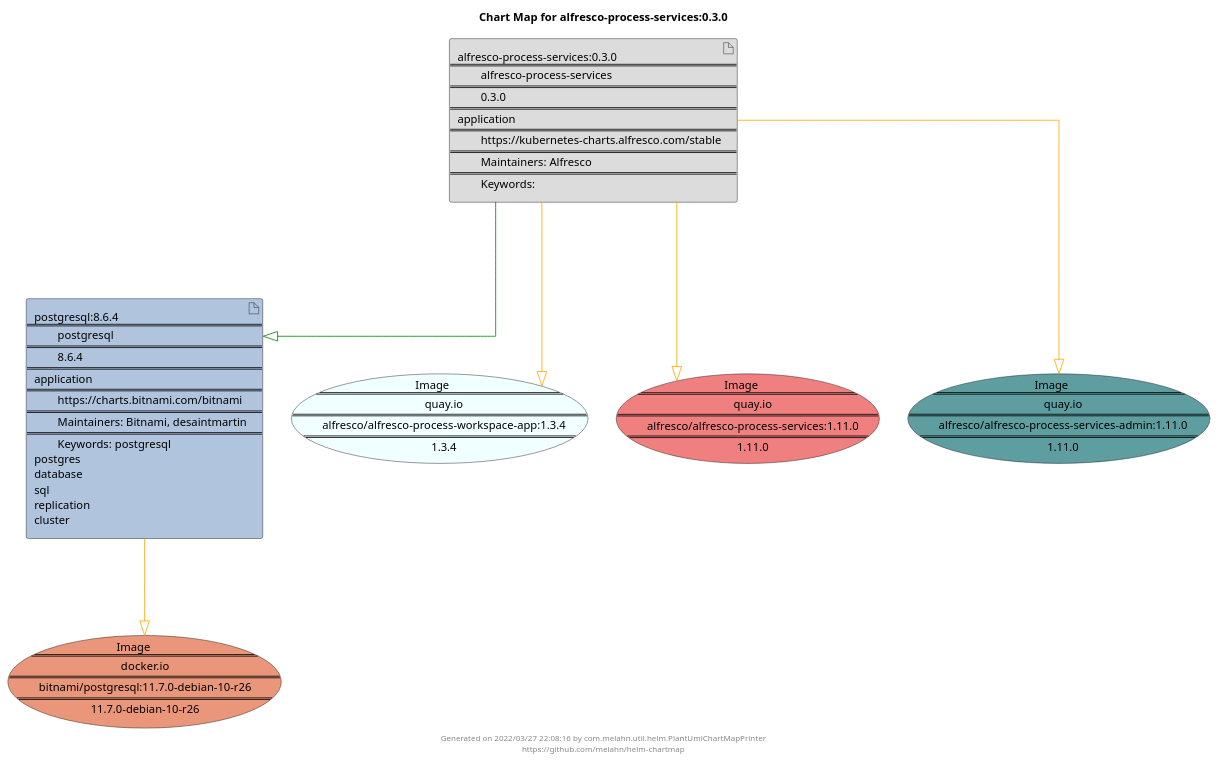
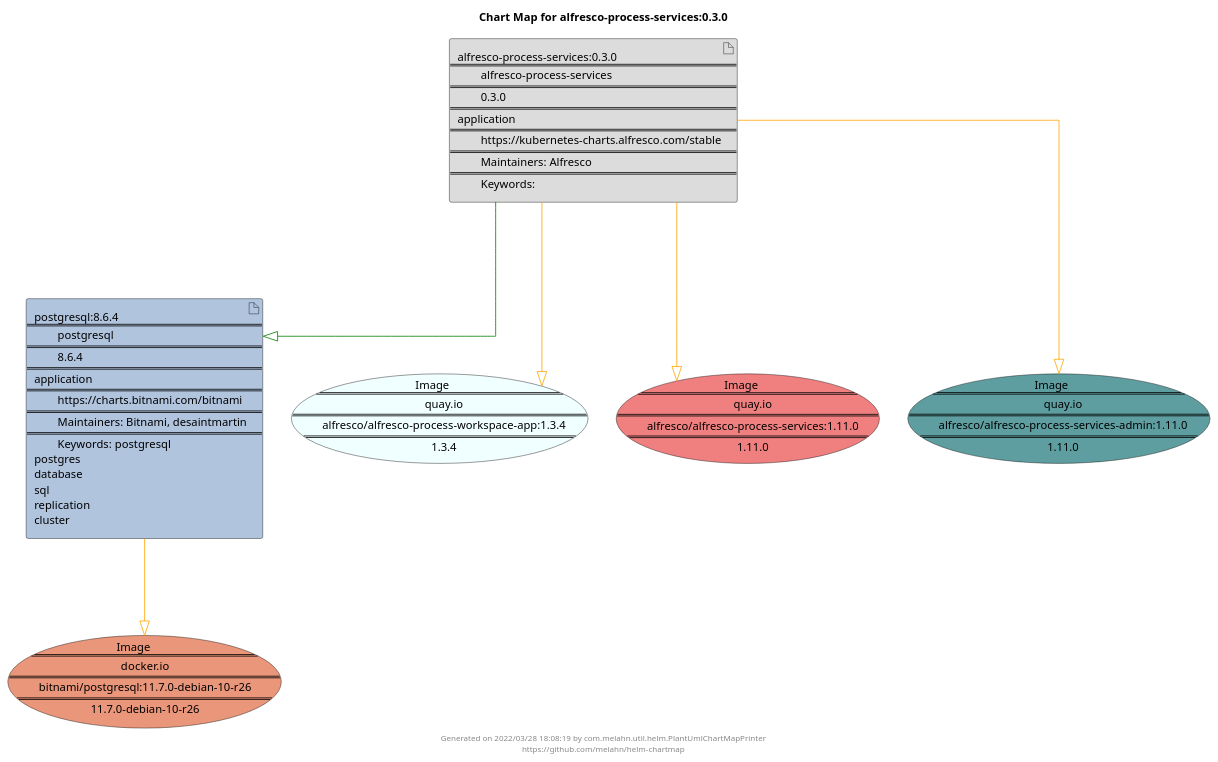
Before and after one commit to melahn/helm-chartmap: the diagram in docs/alfresco-process-services/alfresco-process-services-0.3.0.puml, drawn with PlantUML. The commit also changed 55 other files, not shown here.

Commit message:
Update Example Chart Maps as part of GitHub build

```diff
--- a/docs/alfresco-process-services/alfresco-process-services-0.3.0.puml
+++ b/docs/alfresco-process-services/alfresco-process-services-0.3.0.puml
@@ -1,29 +1,29 @@
 @startuml
 skinparam linetype ortho
 skinparam backgroundColor white
 skinparam usecaseBorderColor black
 skinparam usecaseArrowColor LightSlateGray
 skinparam artifactBorderColor black
 skinparam artifactArrowColor LightSlateGray
 
 title Chart Map for alfresco-process-services:0.3.0
 
 'There are 2 referenced Helm Charts
 artifact "alfresco-process-services:0.3.0\n====\n\talfresco-process-services\n====\n\t0.3.0\n====\napplication\n====\n\thttps://kubernetes-charts.alfresco.com/stable\n====\n\tMaintainers: Alfresco\n====\n\tKeywords: " as alfresco_process_services_0_3_0 #Gainsboro
 artifact "postgresql:8.6.4\n====\n\tpostgresql\n====\n\t8.6.4\n====\napplication\n====\n\thttps://charts.bitnami.com/bitnami\n====\n\tMaintainers: Bitnami, desaintmartin\n====\n\tKeywords: postgresql\npostgres\ndatabase\nsql\nreplication\ncluster" as postgresql_8_6_4 #LightSteelBlue
 
 'There are 4 referenced Docker Images
 usecase "Image\n====\n\tquay.io\n====\n\talfresco/alfresco-process-workspace-app:1.3.4\n====\n\t1.3.4" as quay_io_alfresco_alfresco_process_workspace_app_1_3_4 #Azure
 usecase "Image\n====\n\tquay.io\n====\n\talfresco/alfresco-process-services:1.11.0\n====\n\t1.11.0" as quay_io_alfresco_alfresco_process_services_1_11_0 #LightCoral
 usecase "Image\n====\n\tquay.io\n====\n\talfresco/alfresco-process-services-admin:1.11.0\n====\n\t1.11.0" as quay_io_alfresco_alfresco_process_services_admin_1_11_0 #CadetBlue
 usecase "Image\n====\n\tdocker.io\n====\n\tbitnami/postgresql:11.7.0-debian-10-r26\n====\n\t11.7.0-debian-10-r26" as docker_io_bitnami_postgresql_11_7_0_debian_10_r26 #DarkSalmon
 
 'Chart Dependencies
 alfresco_process_services_0_3_0--[#green]-|>postgresql_8_6_4
 alfresco_process_services_0_3_0--[#orange]-|>quay_io_alfresco_alfresco_process_services_admin_1_11_0
 alfresco_process_services_0_3_0--[#orange]-|>quay_io_alfresco_alfresco_process_workspace_app_1_3_4
 alfresco_process_services_0_3_0--[#orange]-|>quay_io_alfresco_alfresco_process_services_1_11_0
 postgresql_8_6_4--[#orange]-|>docker_io_bitnami_postgresql_11_7_0_debian_10_r26
 
-center footer Generated on 2022/03/27 22:08:16 by com.melahn.util.helm.PlantUmlChartMapPrinter\nhttps://github.com/melahn/helm-chartmap
+center footer Generated on 2022/03/28 18:08:19 by com.melahn.util.helm.PlantUmlChartMapPrinter\nhttps://github.com/melahn/helm-chartmap
 @enduml
```
